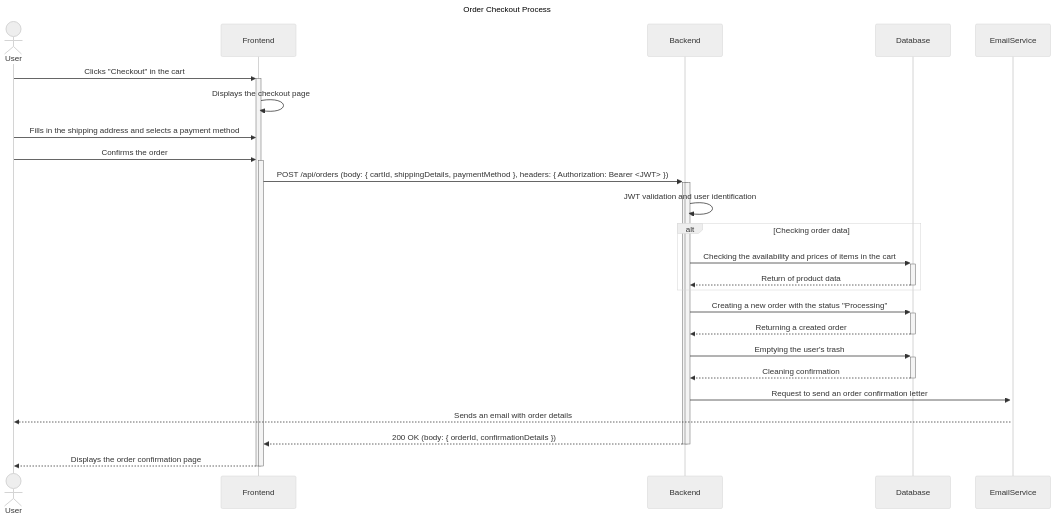
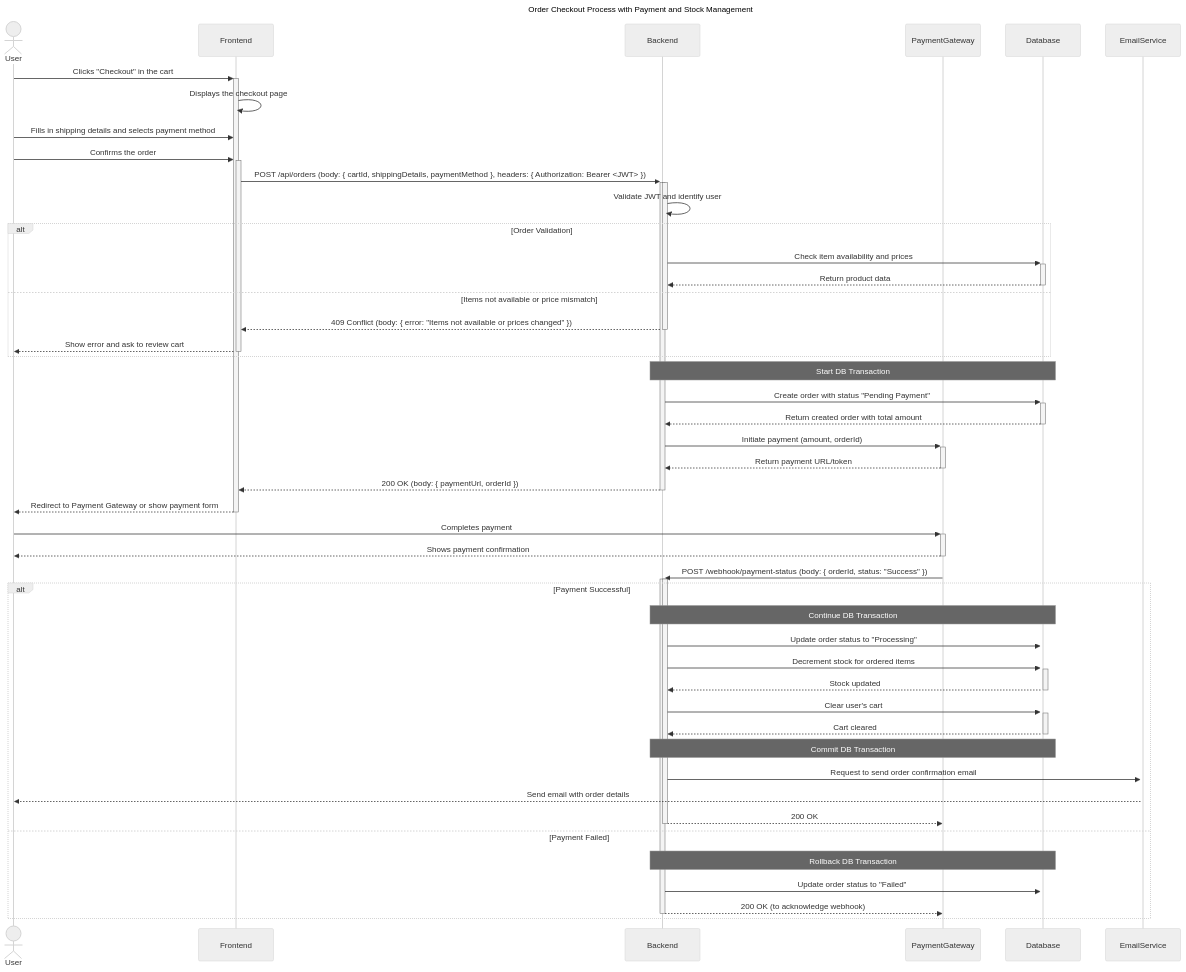
One commit to Beerhood/beer-shop-ai-api changed the diagram in docs/sequence-diagrams/checkout-process.md. Above: the diagram before and after it, drawn with Mermaid (neutral theme).

Commit message:
docs(checkout): correct syntax in checkout sequence diagram

````diff
--- a/docs/sequence-diagrams/checkout-process.md
+++ b/docs/sequence-diagrams/checkout-process.md
@@ -5,41 +5,66 @@
 ```mermaid
 sequenceDiagram
     actor User
     participant Frontend
     participant Backend
+    participant PaymentGateway
     participant Database
     participant EmailService
 
-    Title: Order Checkout Process
+    Title: Order Checkout Process with Payment and Stock Management
 
     User->>+Frontend: Clicks "Checkout" in the cart
     Frontend->>Frontend: Displays the checkout page
 
-    User->>Frontend: Fills in the shipping address and selects a payment method
+    User->>Frontend: Fills in shipping details and selects payment method
     User->>+Frontend: Confirms the order
 
     Frontend->>+Backend: POST /api/orders (body: { cartId, shippingDetails, paymentMethod }, headers: { Authorization: Bearer <JWT> })
+    activate Backend
 
-    activate Backend
-    Backend->>Backend: JWT validation and user identification
+    Backend->>Backend: Validate JWT and identify user
 
-    alt Checking order data
-        Backend->>+Database: Checking the availability and prices of items in the cart
-        Database-->>-Backend: Return of product data
+    alt Order Validation
+        Backend->>+Database: Check item availability and prices
+        Database-->>-Backend: Return product data
+    else Items not available or price mismatch
+        Backend-->>-Frontend: 409 Conflict (body: { error: "Items not available or prices changed" })
+        Frontend-->>-User: Show error and ask to review cart
     end
 
-    Backend->>+Database: Creating a new order with the status "Processing"
-    Database-->>-Backend: Returning a created order
+    note over Backend, Database: Start DB Transaction
 
-    Backend->>+Database: Emptying the user's trash
-    Database-->>-Backend: Cleaning confirmation
+    Backend->>+Database: Create order with status "Pending Payment"
+    Database-->>-Backend: Return created order with total amount
 
-    Backend->>+EmailService: Request to send an order confirmation letter
-    EmailService-->>User: Sends an email with order details
+    Backend->>+PaymentGateway: Initiate payment (amount, orderId)
+    PaymentGateway-->>-Backend: Return payment URL/token
 
-    Backend-->>-Frontend: 200 OK (body: { orderId, confirmationDetails })
-    deactivate Backend
+    Backend-->>-Frontend: 200 OK (body: { paymentUrl, orderId })
 
-    Frontend-->>-User: Displays the order confirmation page
-    deactivate Frontend
+    Frontend-->>-User: Redirect to Payment Gateway or show payment form
+    User->>+PaymentGateway: Completes payment
+    PaymentGateway-->>-User: Shows payment confirmation
+
+    PaymentGateway->>+Backend: POST /webhook/payment-status (body: { orderId, status: "Success" })
+    activate Backend
+
+    alt Payment Successful
+        note over Backend, Database: Continue DB Transaction
+        Backend->>+Database: Update order status to "Processing"
+        Backend->>+Database: Decrement stock for ordered items
+        Database-->>-Backend: Stock updated
+        Backend->>+Database: Clear user's cart
+        Database-->>-Backend: Cart cleared
+        note over Backend, Database: Commit DB Transaction
+
+        Backend->>+EmailService: Request to send order confirmation email
+        EmailService-->>User: Send email with order details
+
+        Backend-->>-PaymentGateway: 200 OK
+    else Payment Failed
+        note over Backend, Database: Rollback DB Transaction
+        Backend->>+Database: Update order status to "Failed"
+        Backend-->>-PaymentGateway: 200 OK (to acknowledge webhook)
+    end
 ```
````
